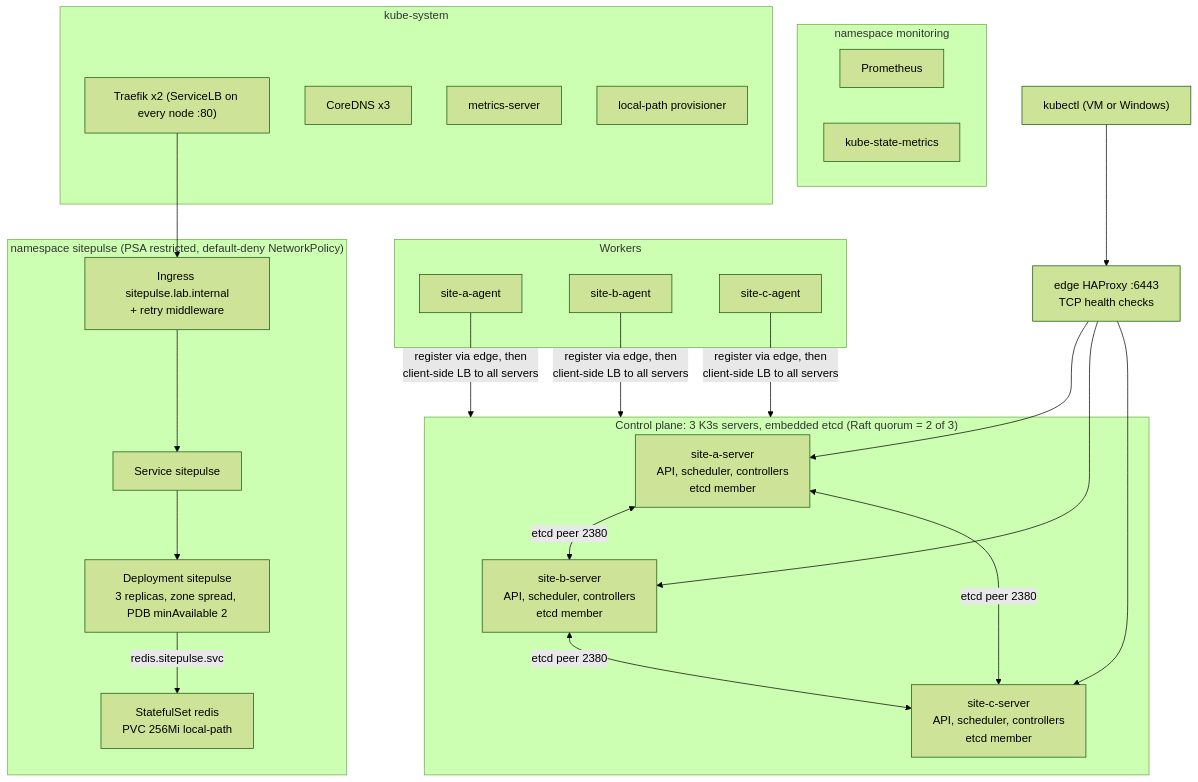
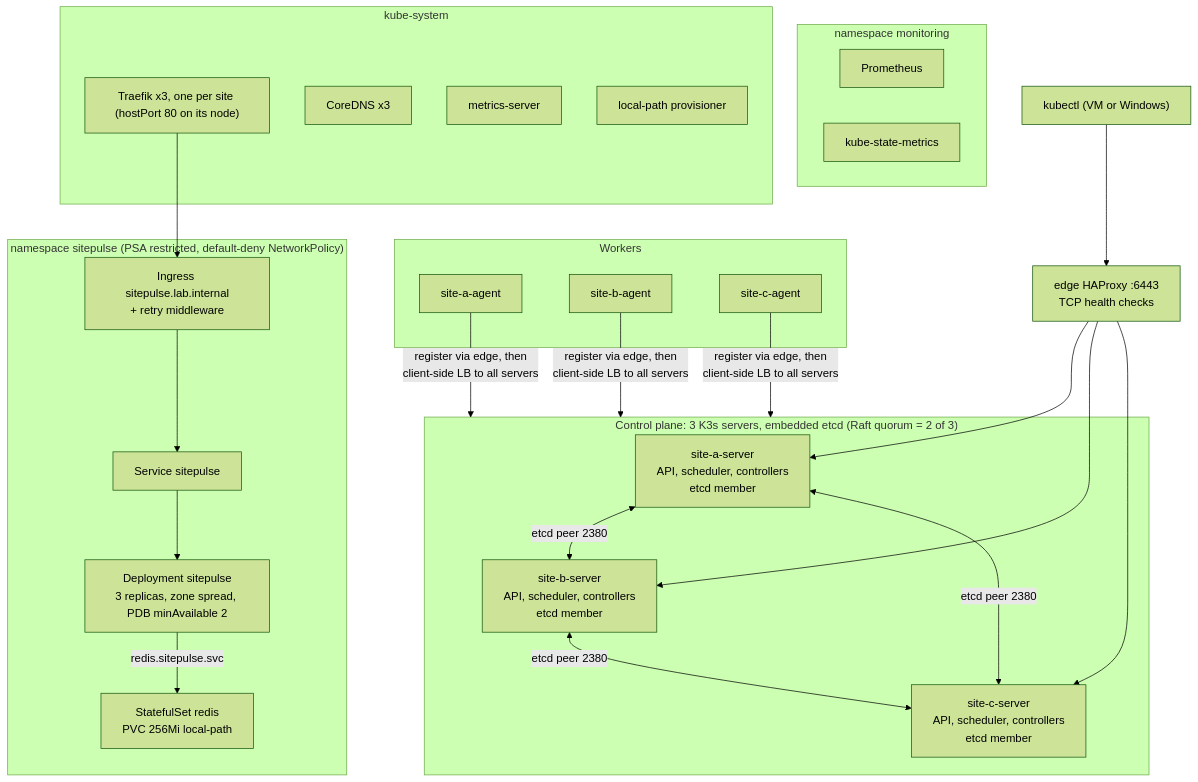
Before and after one commit to saad-h-hashmi/multi-site-ha-platform: the fourth of 7 diagrams in docs/ARCHITECTURE_DIAGRAM.md, drawn with Mermaid (forest theme). The commit also changed other lines of this file and 31 other files, not shown here.

````diff
--- a/docs/ARCHITECTURE_DIAGRAM.md
+++ b/docs/ARCHITECTURE_DIAGRAM.md
@@ -96,29 +96,29 @@
 ```mermaid
 flowchart TB
   subgraph CP["Control plane: 3 K3s servers, embedded etcd (Raft quorum = 2 of 3)"]
     SA["site-a-server<br/>API, scheduler, controllers<br/>etcd member"]
     SB["site-b-server<br/>API, scheduler, controllers<br/>etcd member"]
     SC["site-c-server<br/>API, scheduler, controllers<br/>etcd member"]
     SA <-->|"etcd peer 2380"| SB <-->|"etcd peer 2380"| SC <-->|"etcd peer 2380"| SA
   end
   LB["edge HAProxy :6443<br/>TCP health checks"] --> SA & SB & SC
   KC["kubectl (VM or Windows)"] --> LB
   subgraph W["Workers"]
     AA["site-a-agent"]; AB["site-b-agent"]; AC["site-c-agent"]
   end
   AA & AB & AC -->|"register via edge, then<br/>client-side LB to all servers"| CP
   subgraph NS1["namespace sitepulse (PSA restricted, default-deny NetworkPolicy)"]
     D["Deployment sitepulse<br/>3 replicas, zone spread, PDB minAvailable 2"]
     SVC["Service sitepulse"] --> D
     ING["Ingress sitepulse.lab.internal<br/>+ retry middleware"] --> SVC
     RS["StatefulSet redis<br/>PVC 256Mi local-path"]
     D -->|"redis.sitepulse.svc"| RS
   end
   subgraph NS2["namespace monitoring"]
     P["Prometheus"] ; KSM["kube-state-metrics"]
   end
   subgraph KS["kube-system"]
-    T["Traefik x2 (ServiceLB on every node :80)"]; DNSK["CoreDNS x3"]; MS["metrics-server"]; LP["local-path provisioner"]
+    T["Traefik x3, one per site (hostPort 80 on its node)"]; DNSK["CoreDNS x3"]; MS["metrics-server"]; LP["local-path provisioner"]
   end
   T --> ING
 ```
````
